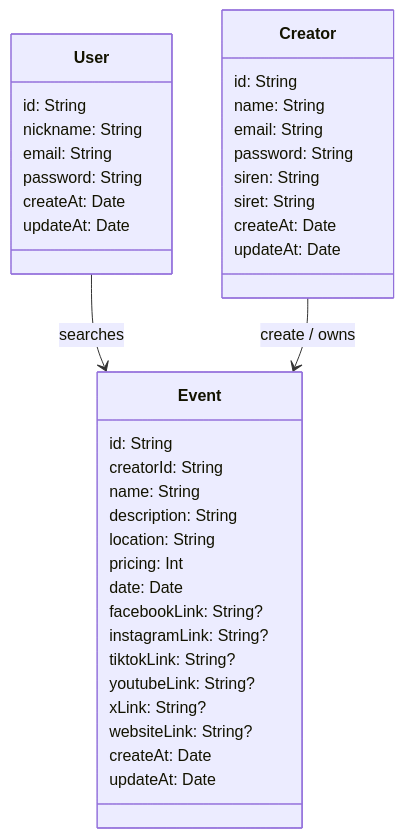
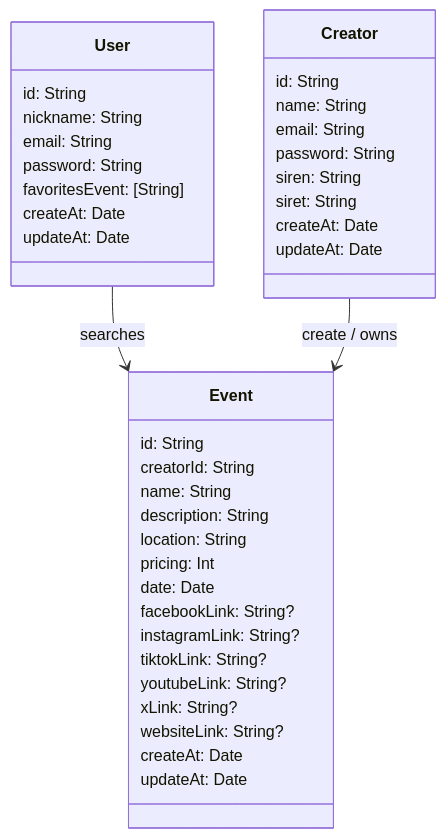
One commit to vlldnt/Portfolio-IAKOA changed the diagram in doc/2-Technical_Documentation.md. Above: the diagram before and after it, drawn with Mermaid. The commit also changed other lines of this file, not shown here.

````diff
--- a/doc/2-Technical_Documentation.md
+++ b/doc/2-Technical_Documentation.md
@@ -56,44 +56,45 @@
 ```mermaid
 classDiagram
 
 class User {
   id: String
   nickname: String
   email: String
   password: String
+  favoritesEvent: [String]
   createAt: Date
   updateAt: Date
 }
 
 class Creator {
   id: String
   name: String
   email: String
   password: String
   siren: String
   siret: String
   createAt: Date
   updateAt: Date
 }
 
 class Event {
   id: String
   creatorId: String
   name: String
   description: String
   location: String
   pricing: Int
   date: Date
   facebookLink: String?
   instagramLink: String?
   tiktokLink: String?
   youtubeLink: String?
   xLink: String?
   websiteLink: String?
   createAt: Date
   updateAt: Date
 }
 
 User --> Event : searches
 Creator --> Event : create / owns
 ```
````
